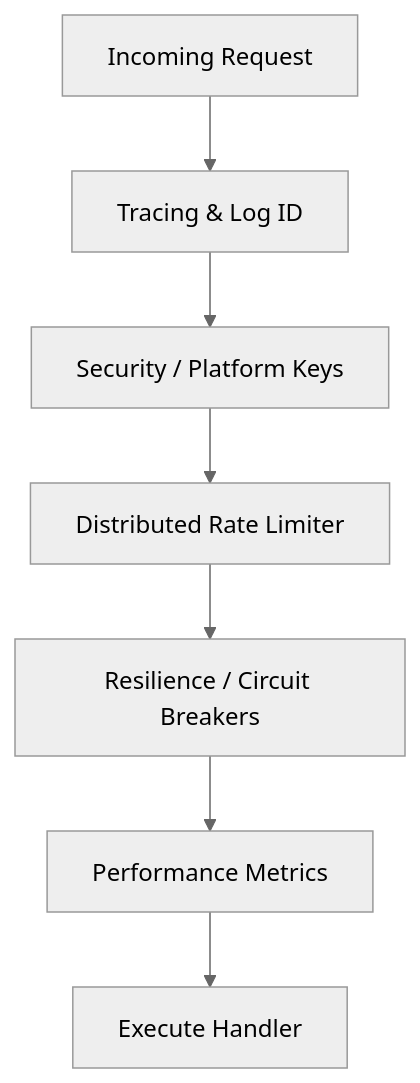
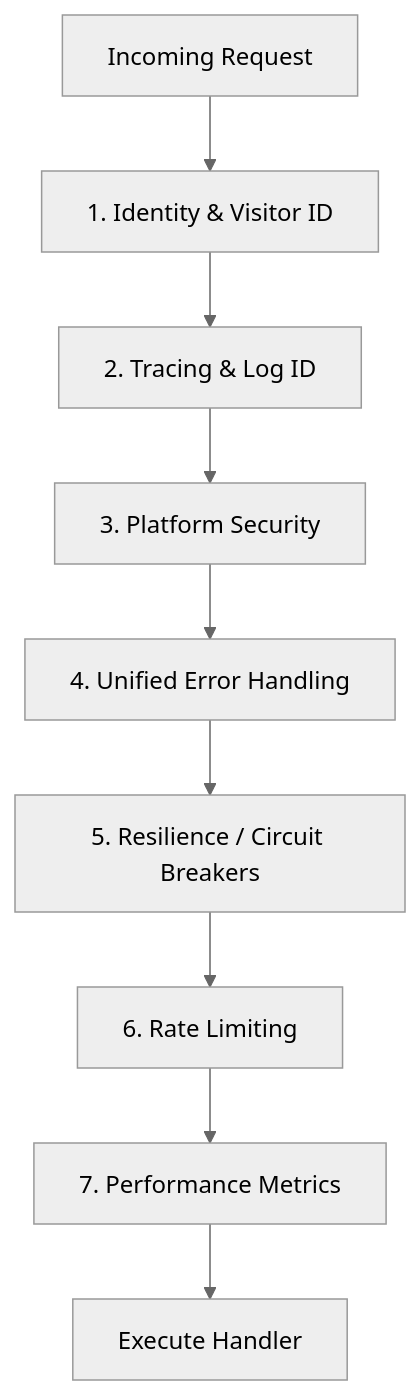
The diagram in src/api/middleware/README.md (adiozdaniel/bongas-ai), drawn with Mermaid (neutral theme) before and after one commit. The commit also changed other lines of this file and 11 other files, not shown here.

````diff
--- a/src/api/middleware/README.md
+++ b/src/api/middleware/README.md
@@ -9,9 +13,11 @@
 ```mermaid
 graph TD
-    Req[Incoming Request] --> Trace[Tracing & Log ID]
-    Trace --> Auth[Security / Platform Keys]
-    Auth --> Rate[Distributed Rate Limiter]
-    Rate --> Res[Resilience / Circuit Breakers]
-    Res --> Metrics[Performance Metrics]
+    Req[Incoming Request] --> ID[1. Identity & Visitor ID]
+    ID --> Trace[2. Tracing & Log ID]
+    Trace --> Auth[3. Platform Security]
+    Auth --> Error[4. Unified Error Handling]
+    Error --> Res[5. Resilience / Circuit Breakers]
+    Res --> Rate[6. Rate Limiting]
+    Rate --> Metrics[7. Performance Metrics]
     Metrics --> Final[Execute Handler]
 ```
````
